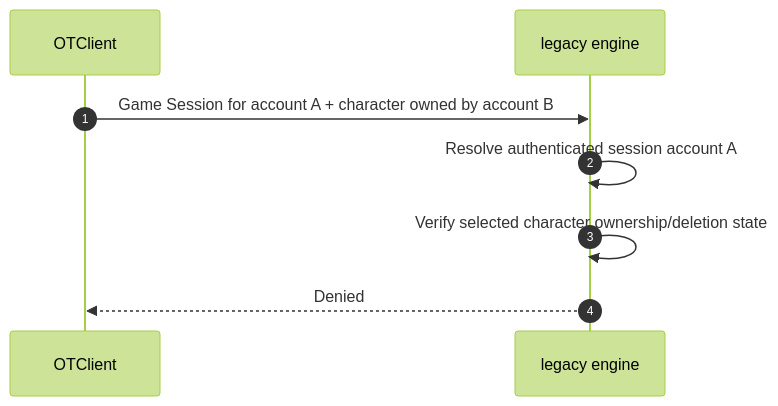
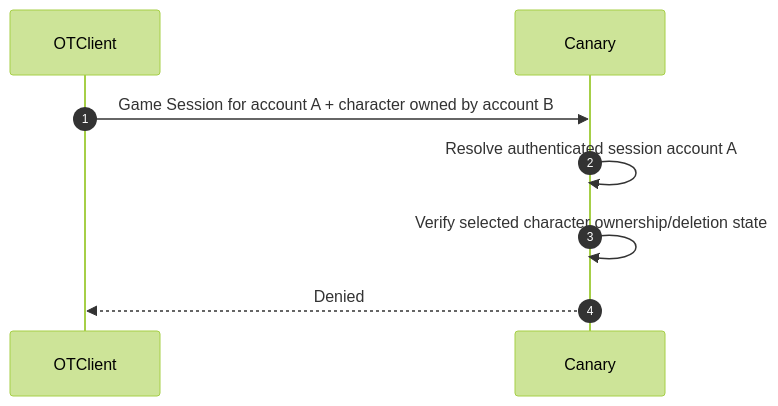
Before and after one commit to Oteryn/Oteryn-Platform: diagram 21 of 24 in docs/architecture/GAME_AUTH_SEQUENCE_DIAGRAMS.md, drawn with Mermaid (forest theme). The commit also changed other lines of this file and 5 other files, not shown here.

````diff
--- a/docs/architecture/GAME_AUTH_SEQUENCE_DIAGRAMS.md
+++ b/docs/architecture/GAME_AUTH_SEQUENCE_DIAGRAMS.md
@@ -459,11 +459,11 @@
 ```mermaid
 sequenceDiagram
     autonumber
     participant C as OTClient
-    participant K as legacy engine
+    participant K as Canary
 
     C->>K: Game Session for account A + character owned by account B
     K->>K: Resolve authenticated session account A
     K->>K: Verify selected character ownership/deletion state
     K-->>C: Denied
 ```
````
